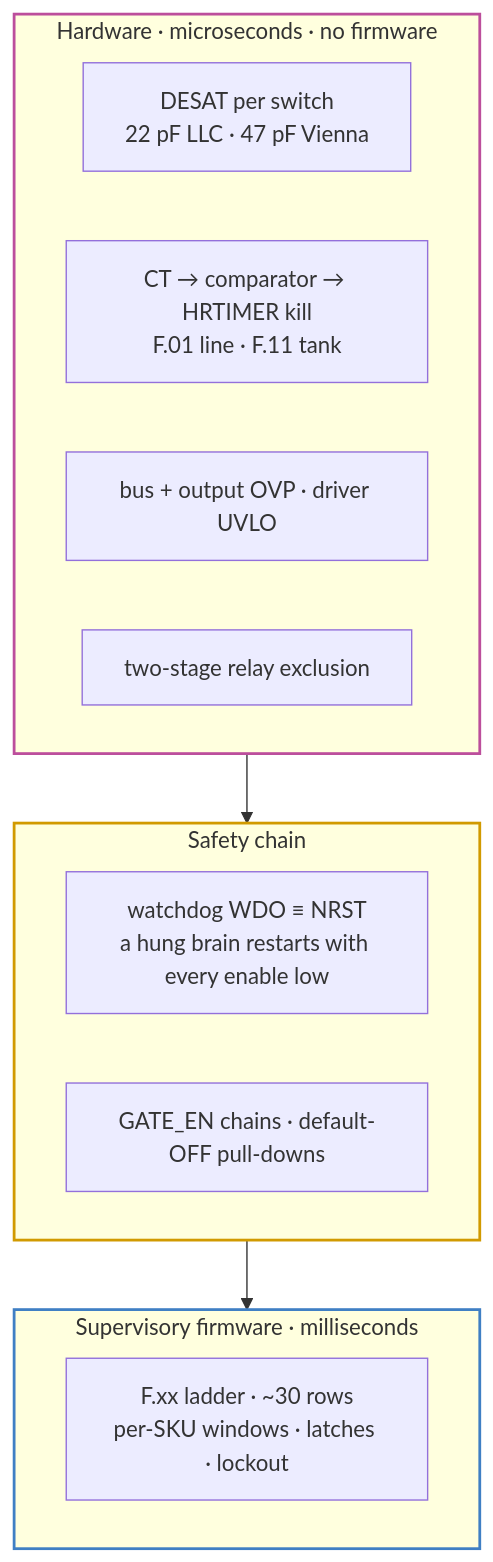
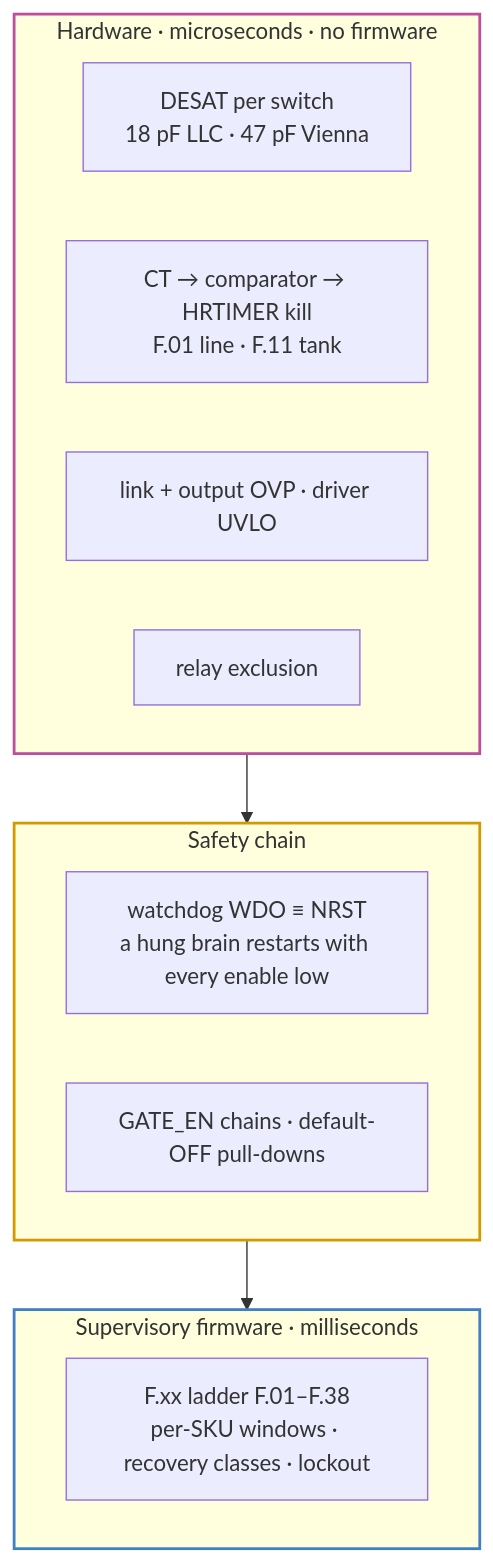
One commit to vectivolt/DC-Modules changed the third of 3 diagrams in docs/architecture.md. Above: the diagram before and after it, drawn with Mermaid. The commit also changed other lines of this file and 802 other files, not shown here.

````diff
--- a/docs/architecture.md
+++ b/docs/architecture.md
@@ -142,20 +149,20 @@
 ```mermaid
 flowchart TB
   subgraph L1["Hardware · microseconds · no firmware"]
-    D["DESAT per switch<br/>22 pF LLC · 47 pF Vienna"]
+    D["DESAT per switch<br/>18 pF LLC · 47 pF Vienna"]
     C["CT → comparator → HRTIMER kill<br/>F.01 line · F.11 tank"]
-    O["bus + output OVP · driver UVLO"]
-    X["two-stage relay exclusion"]
+    O["link + output OVP · driver UVLO"]
+    X["relay exclusion"]
   end
   subgraph L2["Safety chain"]
     W["watchdog WDO ≡ NRST<br/>a hung brain restarts with every enable low"]
     G["GATE_EN chains · default-OFF pull-downs"]
   end
   subgraph L3["Supervisory firmware · milliseconds"]
-    F["F.xx ladder · ~30 rows<br/>per-SKU windows · latches · lockout"]
+    F["F.xx ladder F.01–F.38<br/>per-SKU windows · recovery classes · lockout"]
   end
   L1 --> L2 --> L3
   style L1 stroke:#bc4e9c,stroke-width:2px
   style L2 stroke:#d19a00,stroke-width:2px
   style L3 stroke:#3f7fc4,stroke-width:2px
 ```
````
